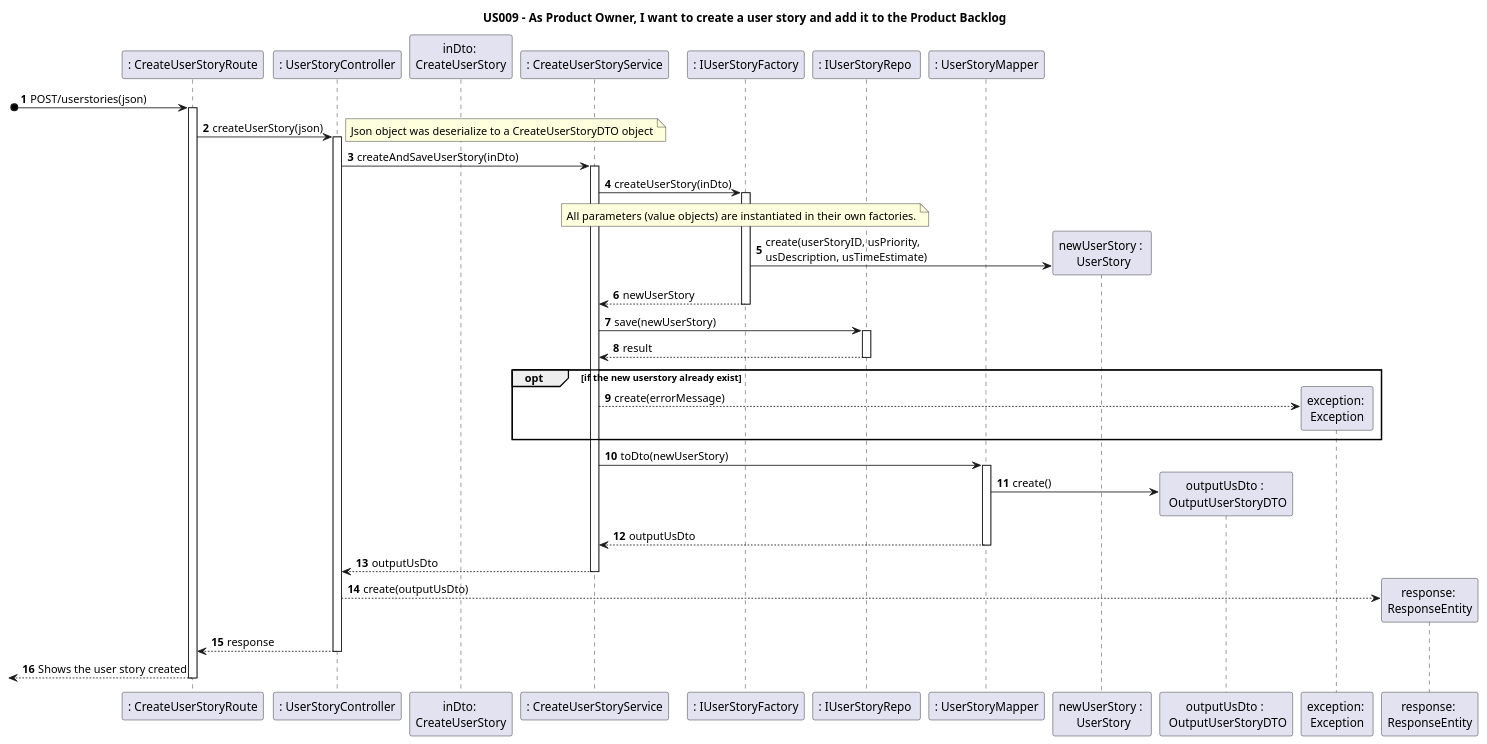
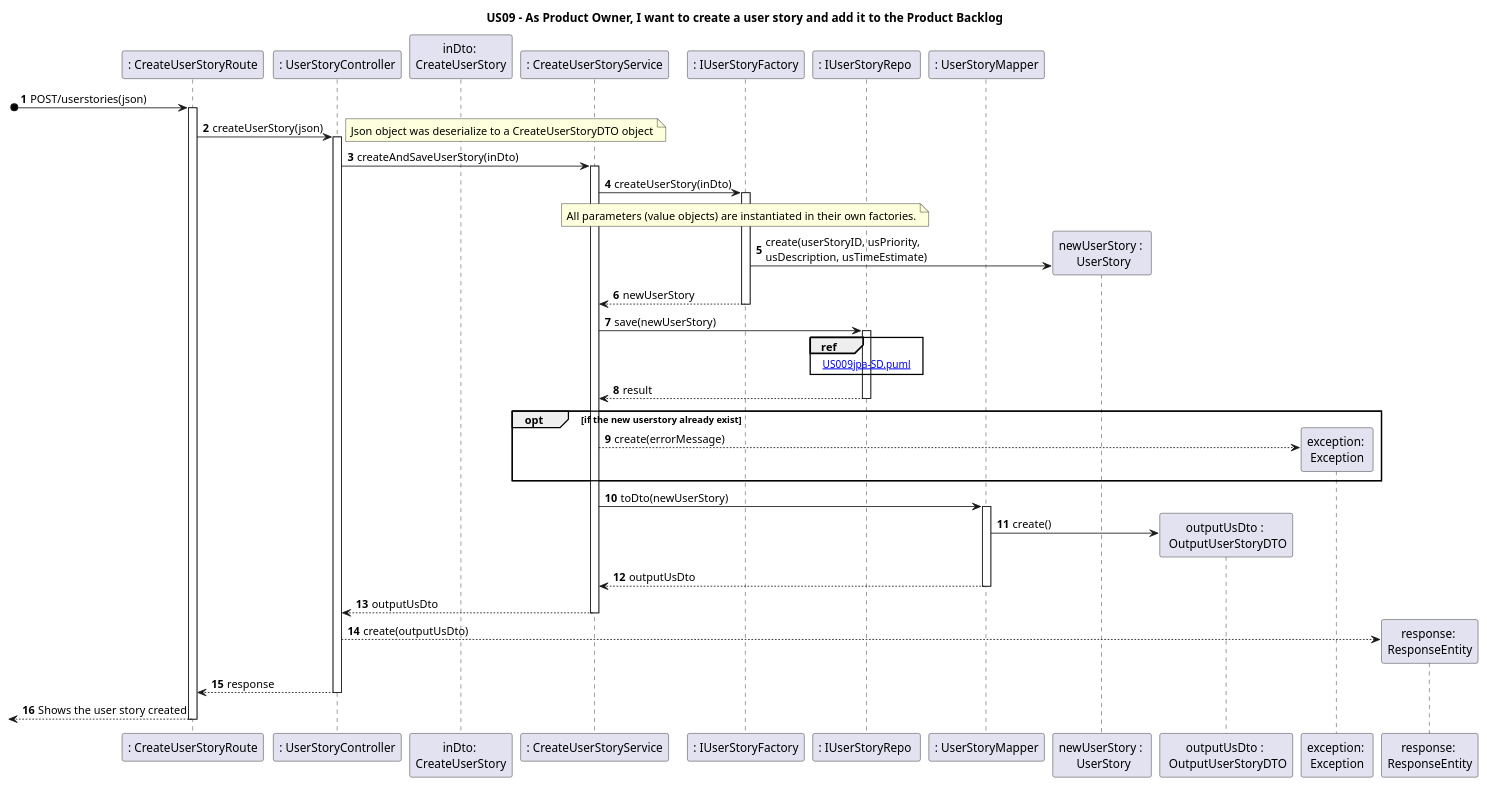
The diagram in docs/Sprint1/US009/US009RE-SD.puml (nunogon1211787/projectManagement), drawn with PlantUML before and after one commit. The commit also changed 9 other files, not shown here.

```diff
--- a/docs/Sprint1/US009/US009RE-SD.puml
+++ b/docs/Sprint1/US009/US009RE-SD.puml
@@ -1,50 +1,51 @@
 @startuml
 'https://plantuml.com/sequence-diagram
 
-title US009 - As Product Owner, I want to create a user story and add it to the Product Backlog
+title US09 - As Product Owner, I want to create a user story and add it to the Product Backlog
 
 autoactivate on
 autonumber
 
 
 participant ": CreateUserStoryRoute" as System
 participant ": UserStoryController" as Ctrl
 participant "inDto: \nCreateUserStory" as dto
 participant ": CreateUserStoryService" as appService
 participant ": IUserStoryFactory" as factory
 participant ": IUserStoryRepo " as usStore
 participant ": UserStoryMapper" as usMapper
 participant "newUserStory : \n UserStory" as us
 participant "outputUsDto : \n OutputUserStoryDTO" as outDto
 participant "exception: \nException" as exc
 participant "response: \nResponseEntity" as json
 
 
 
 [o-> System: POST/userstories(json)
 System -> Ctrl: createUserStory(json)
 note right
 Json object was deserialize to a CreateUserStoryDTO object
 end note
 Ctrl -> appService: createAndSaveUserStory(inDto)
 appService -> factory:  createUserStory(inDto)
 
 note over factory : All parameters (value objects) are instantiated in their own factories.
 
 factory -> us **: create(userStoryID, usPriority, \nusDescription, usTimeEstimate)
 factory --> appService: newUserStory
 
 appService-> usStore: save(newUserStory)
+ref over usStore: [[US009jpa-SD.puml]]
 usStore --> appService : result
 opt if the new userstory already exist
 appService --> exc** : create(errorMessage)
 end
 appService-> usMapper : toDto(newUserStory)
 usMapper-> outDto **:create()
 usMapper --> appService: outputUsDto
 appService --> Ctrl: outputUsDto
 Ctrl --> json**: create(outputUsDto)
 Ctrl --> System: response
 [<--System : Shows the user story created
 
 @enduml
```
